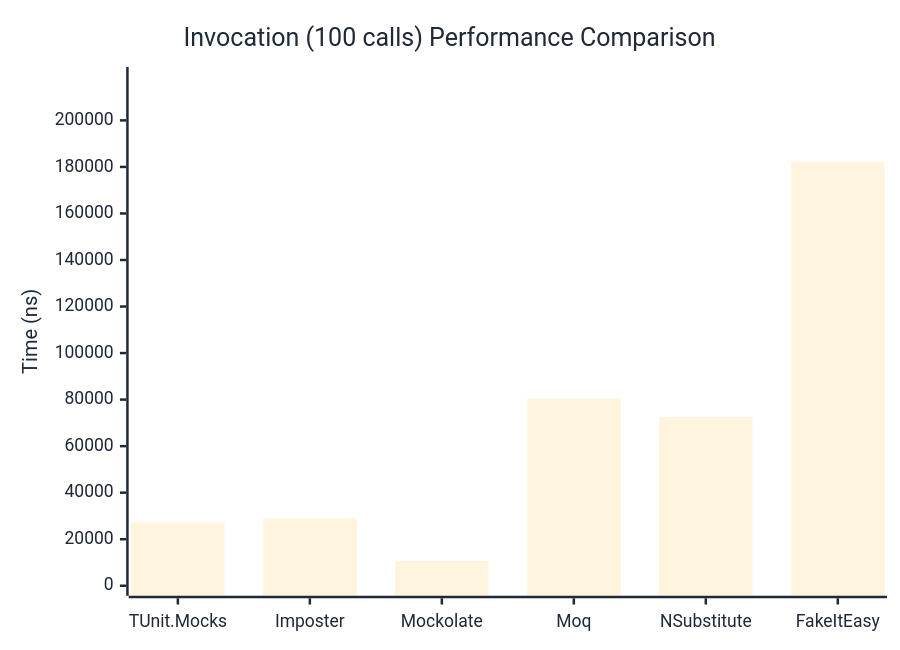
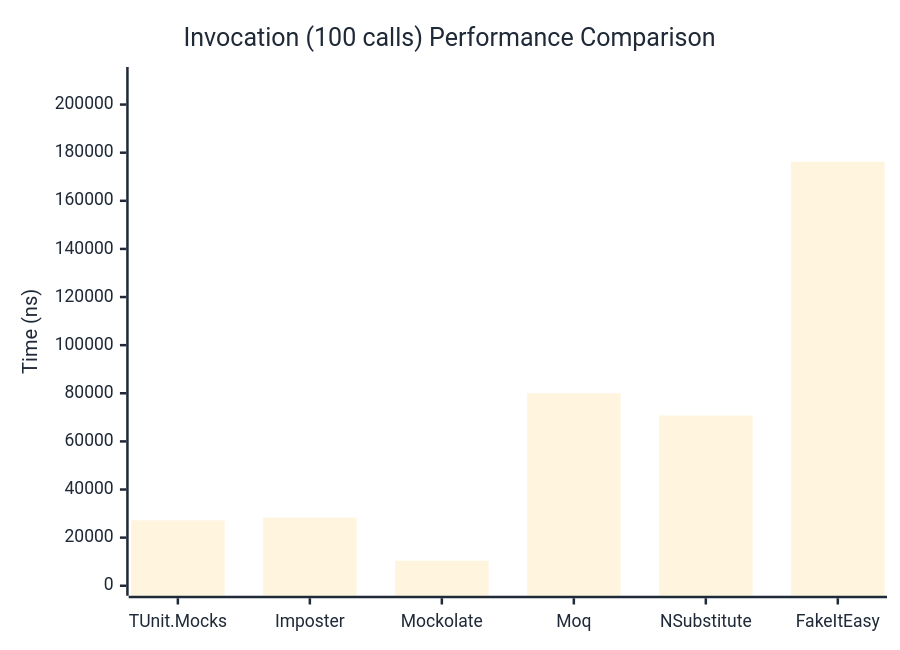
The third of 3 diagrams in docs/docs/benchmarks/mocks/Invocation.md (thomhurst/TUnit), drawn with Mermaid before and after one commit. The commit also changed other lines of this file and 14 other files, not shown here.

````diff
--- a/docs/docs/benchmarks/mocks/Invocation.md
+++ b/docs/docs/benchmarks/mocks/Invocation.md
@@ -112,27 +112,27 @@
 ```mermaid
 %%{init: {
   'theme':'base',
   'themeVariables': {
     'primaryColor': '#2563eb',
     'primaryTextColor': '#1f2937',
     'primaryBorderColor': '#1e40af',
     'lineColor': '#6b7280',
     'secondaryColor': '#7c3aed',
     'tertiaryColor': '#dc2626',
     'background': '#ffffff',
     'pie1': '#2563eb',
     'pie2': '#7c3aed',
     'pie3': '#dc2626',
     'pie4': '#f59e0b',
     'pie5': '#10b981',
     'pie6': '#06b6d4',
     'pie7': '#ec4899',
     'pie8': '#6366f1'
   }
 }}%%
 xychart-beta
   title "Invocation (100 calls) Performance Comparison"
   x-axis ["TUnit.Mocks", "Imposter", "Mockolate", "Moq", "NSubstitute", "FakeItEasy"]
-  y-axis "Time (ns)" 0 --> 218646
-  bar [27299.67, 28978.46, 10636.28, 80452.28, 72455.83, 182204.18]
+  y-axis "Time (ns)" 0 --> 211457
+  bar [27198.61, 28305.03, 10420.54, 79977.98, 70758.59, 176213.89]
 ```
````
